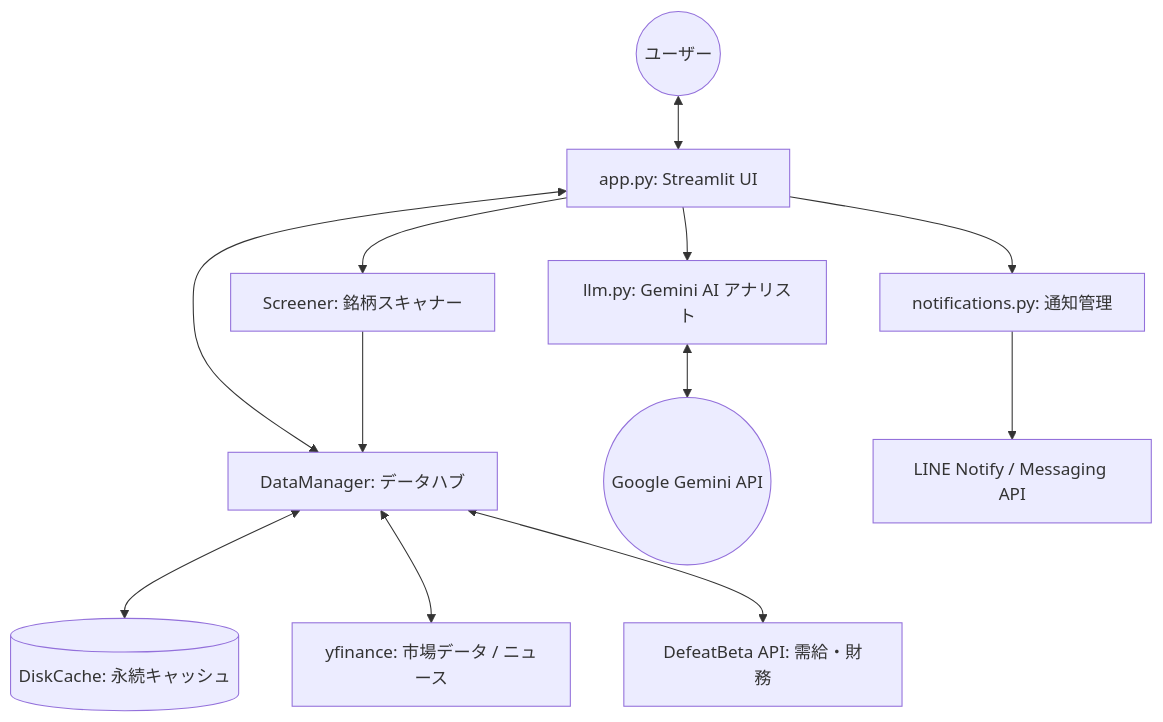
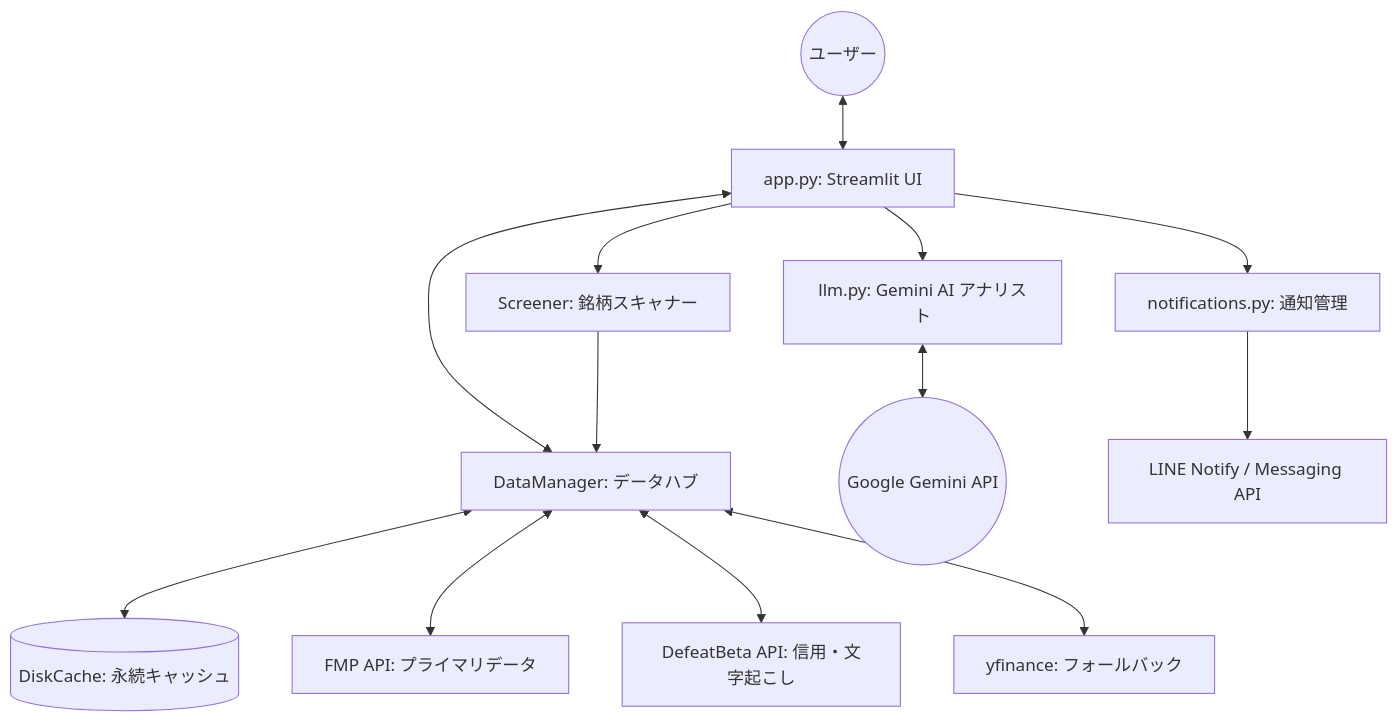
One commit to cki38570/kabuzan changed the diagram in docs/system_overview_v2/system_design.md. Above: the diagram before and after it, drawn with Mermaid. The commit also changed other lines of this file and 2 other files, not shown here.

Commit message:
Update: Flexible FMP Ticker Suffix support and 403 handling

````diff
--- a/docs/system_overview_v2/system_design.md
+++ b/docs/system_overview_v2/system_design.md
@@ -24,14 +25,15 @@
 ```mermaid
 graph TD
     User((ユーザー)) <--> UI[app.py: Streamlit UI]
     UI <--> DM[DataManager: データハブ]
     DM <--> Cache[(DiskCache: 永続キャッシュ)]
-    DM <--> YF[yfinance: 市場データ / ニュース]
-    DM <--> DB[DefeatBeta API: 需給・財務]
+    DM <--> FMP[FMP API: プライマリデータ]
+    DM <--> DB[DefeatBeta API: 信用・文字起こし]
+    DM <--> YF[yfinance: フォールバック]
     UI --> LLM[llm.py: Gemini AI アナリスト]
     LLM <--> Gemini((Google Gemini API))
     UI --> Sc[Screener: 銘柄スキャナー]
     UI --> Noti[notifications.py: 通知管理]
     Noti --> LINE[LINE Notify / Messaging API]
     Sc --> DM
 ```
````
